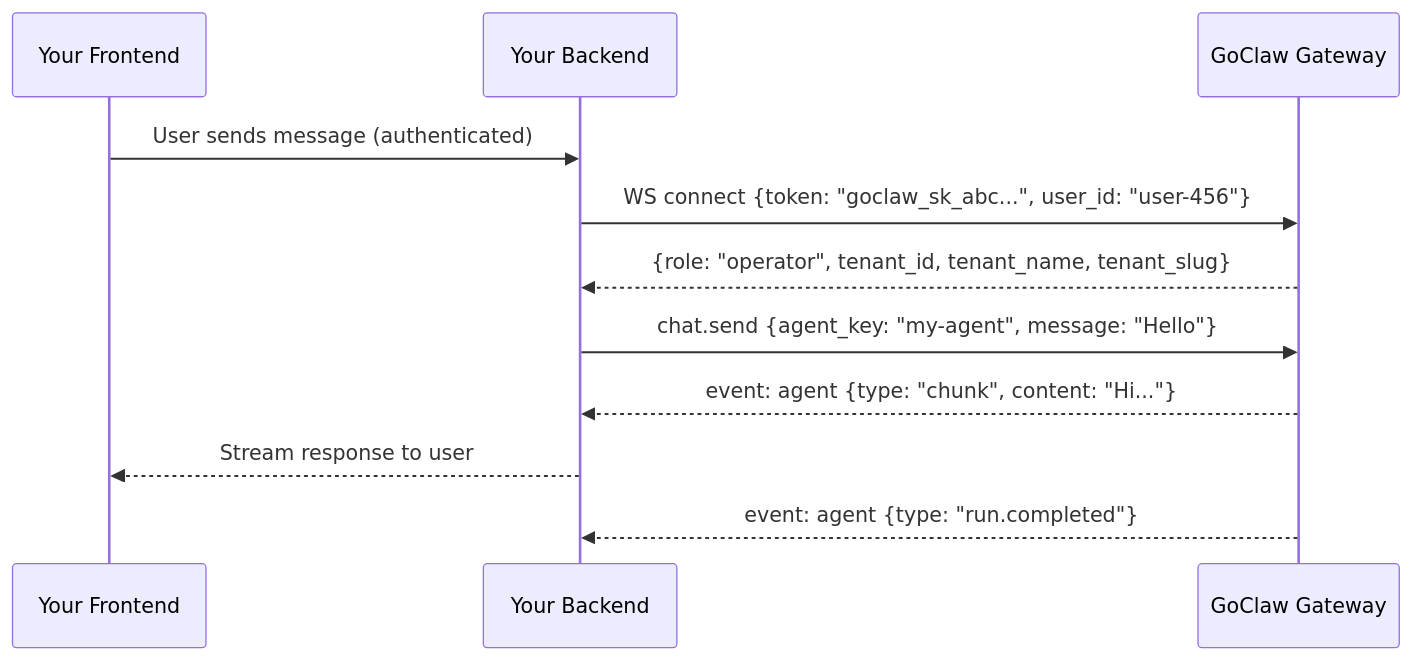
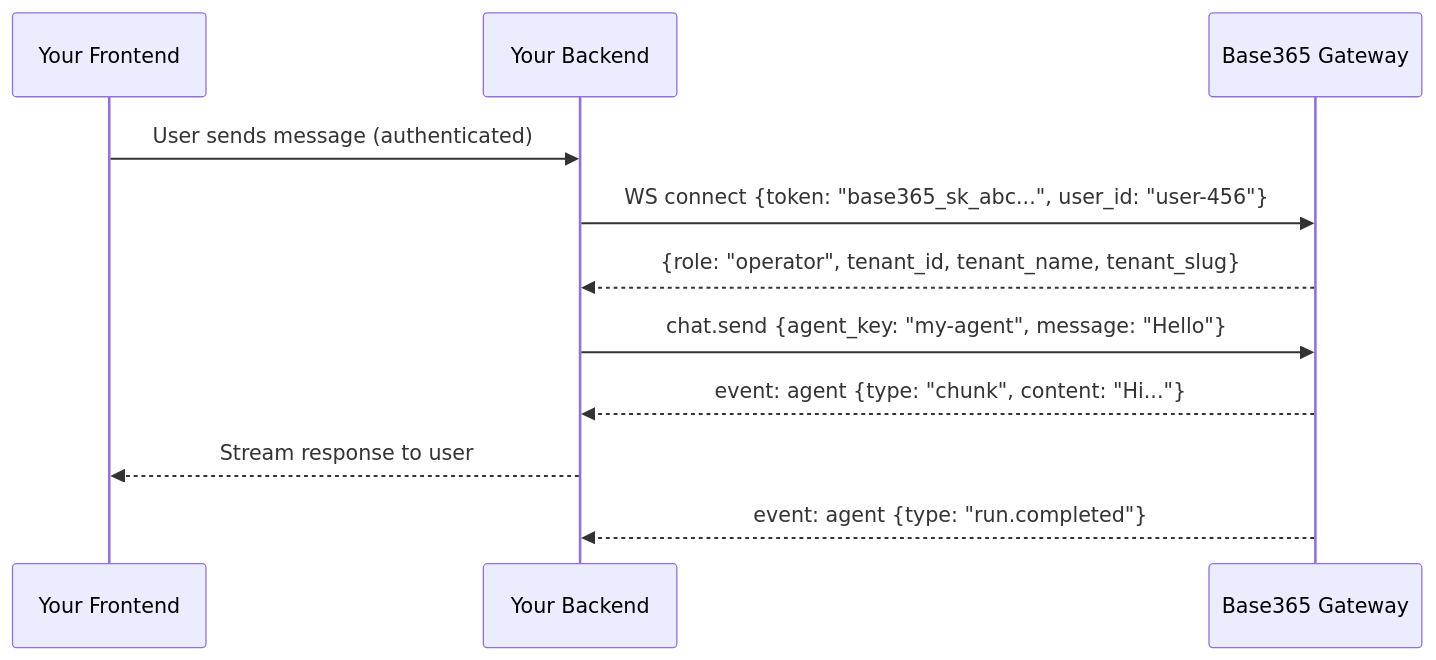
The fourth of 6 diagrams in docs/23-multi-tenant-architecture.md (edyoCampos/base365), drawn with Mermaid before and after one commit. The commit also changed other lines of this file and 2108 other files, not shown here.

Commit message:
refactor: rebrand GoClaw -> Base365 (conteudo e caminhos)

````diff
--- a/docs/23-multi-tenant-architecture.md
+++ b/docs/23-multi-tenant-architecture.md
@@ -226,15 +226,15 @@
 ```mermaid
 sequenceDiagram
     participant FE as Your Frontend
     participant BE as Your Backend
-    participant GC as GoClaw Gateway
+    participant GC as Base365 Gateway
 
     FE->>BE: User sends message (authenticated)
-    BE->>GC: WS connect {token: "goclaw_sk_abc...", user_id: "user-456"}
+    BE->>GC: WS connect {token: "base365_sk_abc...", user_id: "user-456"}
     GC-->>BE: {role: "operator", tenant_id, tenant_name, tenant_slug}
 
     BE->>GC: chat.send {agent_key: "my-agent", message: "Hello"}
     GC-->>BE: event: agent {type: "chunk", content: "Hi..."}
     BE-->>FE: Stream response to user
     GC-->>BE: event: agent {type: "run.completed"}
 ```
````
